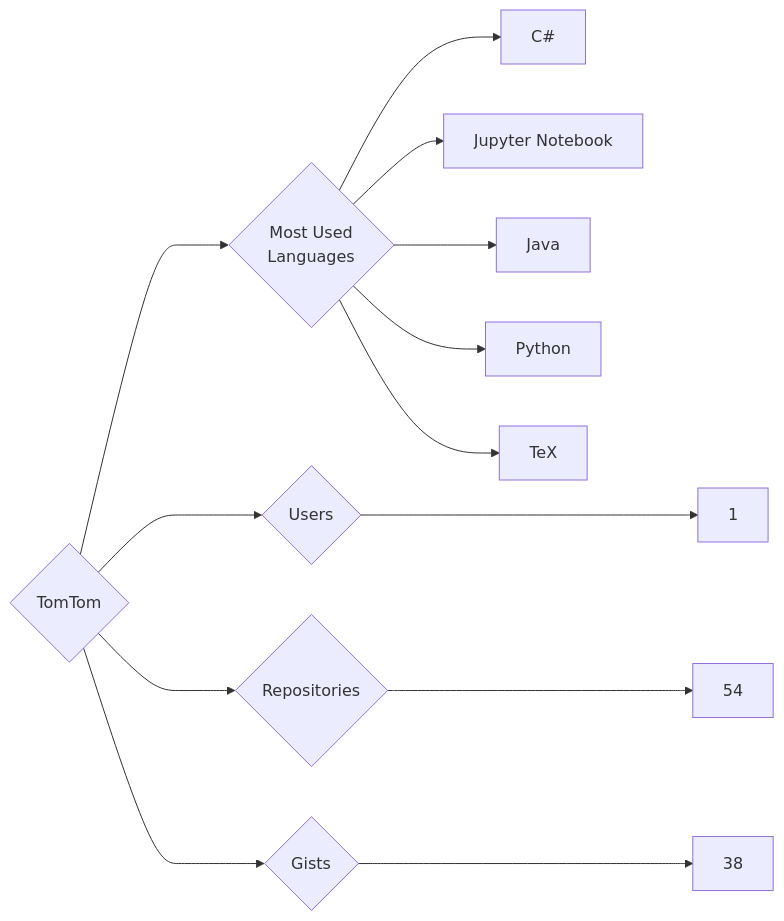
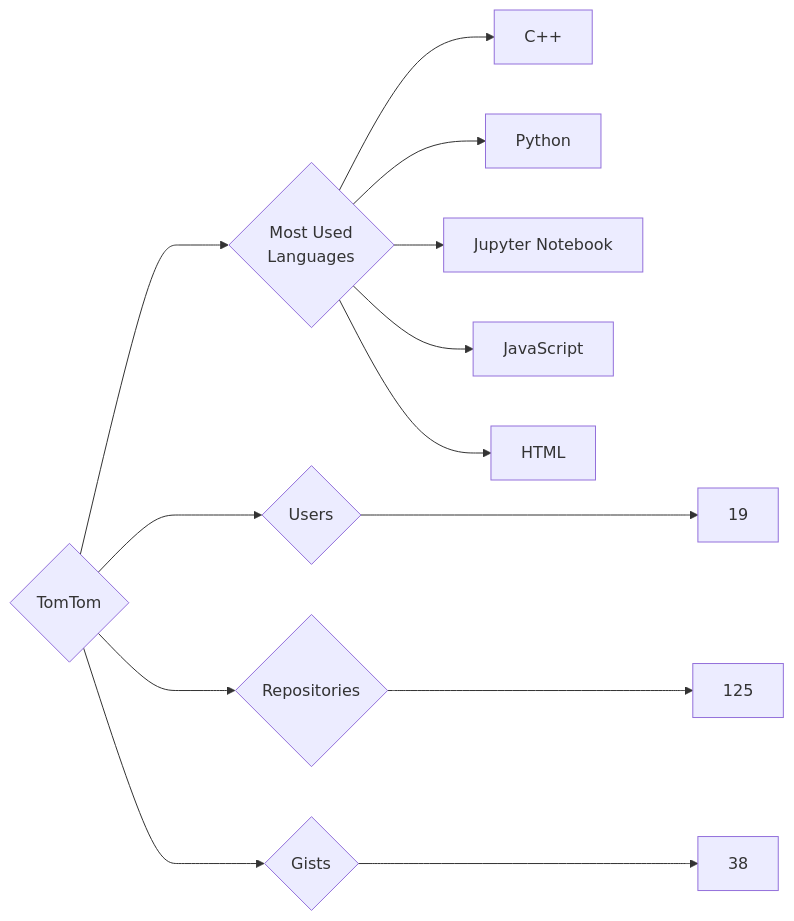
The diagram in targets/TomTom/README.md (trickest/insiders), drawn with Mermaid before and after one commit. The commit also changed 1011 other files, not shown here.

````diff
--- a/targets/TomTom/README.md
+++ b/targets/TomTom/README.md
@@ -3,13 +3,13 @@
 ```mermaid
 graph LR
 COMPANY_NAME{TomTom}
-COMPANY_NAME ---> U{Users} ---> UN[1]
-COMPANY_NAME ---> R{Repositories} ---> RN[54]
+COMPANY_NAME ---> U{Users} ---> UN[19]
+COMPANY_NAME ---> R{Repositories} ---> RN[125]
 COMPANY_NAME ---> G{Gists} ---> GN[38]
 COMPANY_NAME ---> ML{Most Used<br>Languages}
-ML --> C#[C#]
+ML --> C++[C++]
+ML --> Python[Python]
 ML --> Jupyter_Notebook[Jupyter Notebook]
-ML --> Java[Java]
-ML --> Python[Python]
-ML --> TeX[TeX]
+ML --> JavaScript[JavaScript]
+ML --> HTML[HTML]
 ```
````
